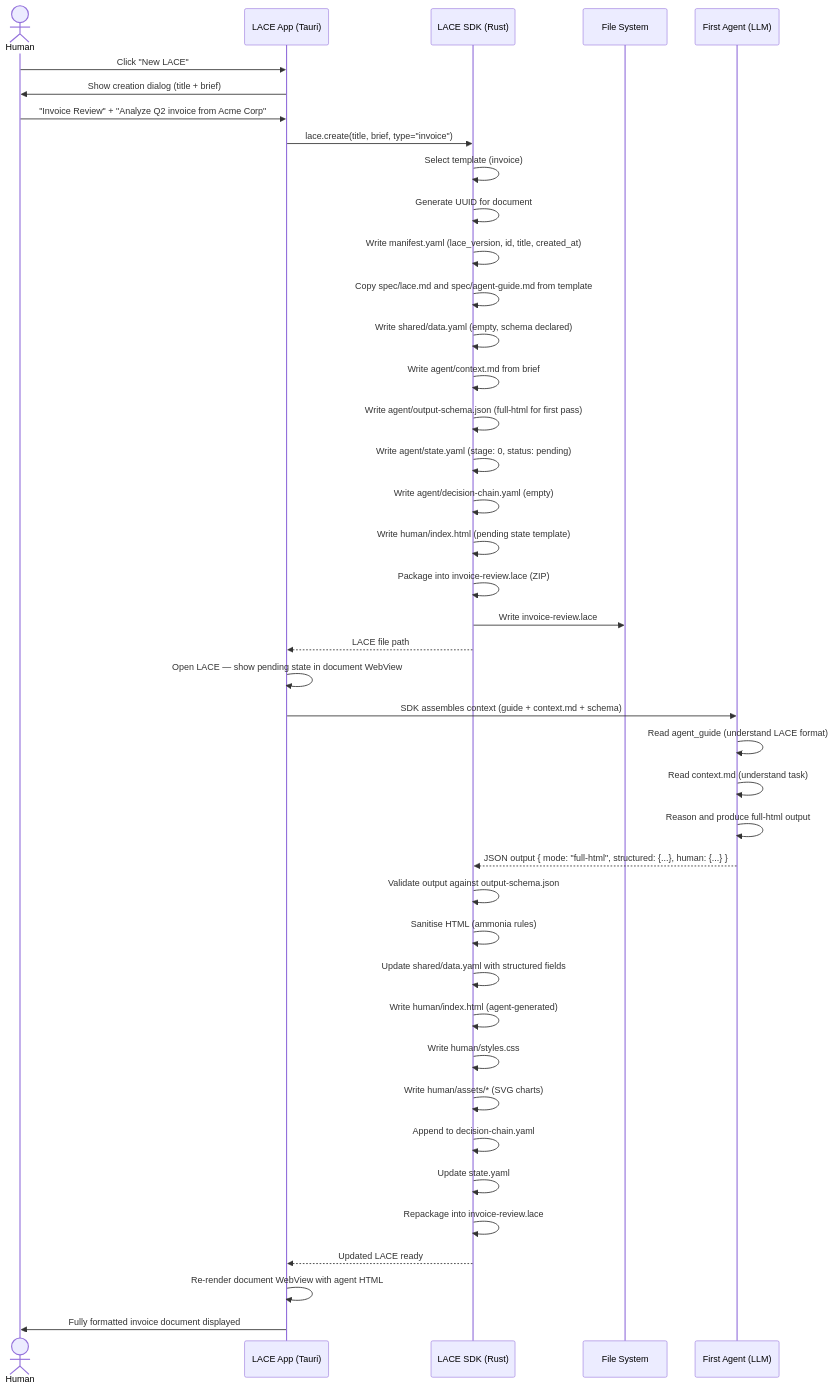
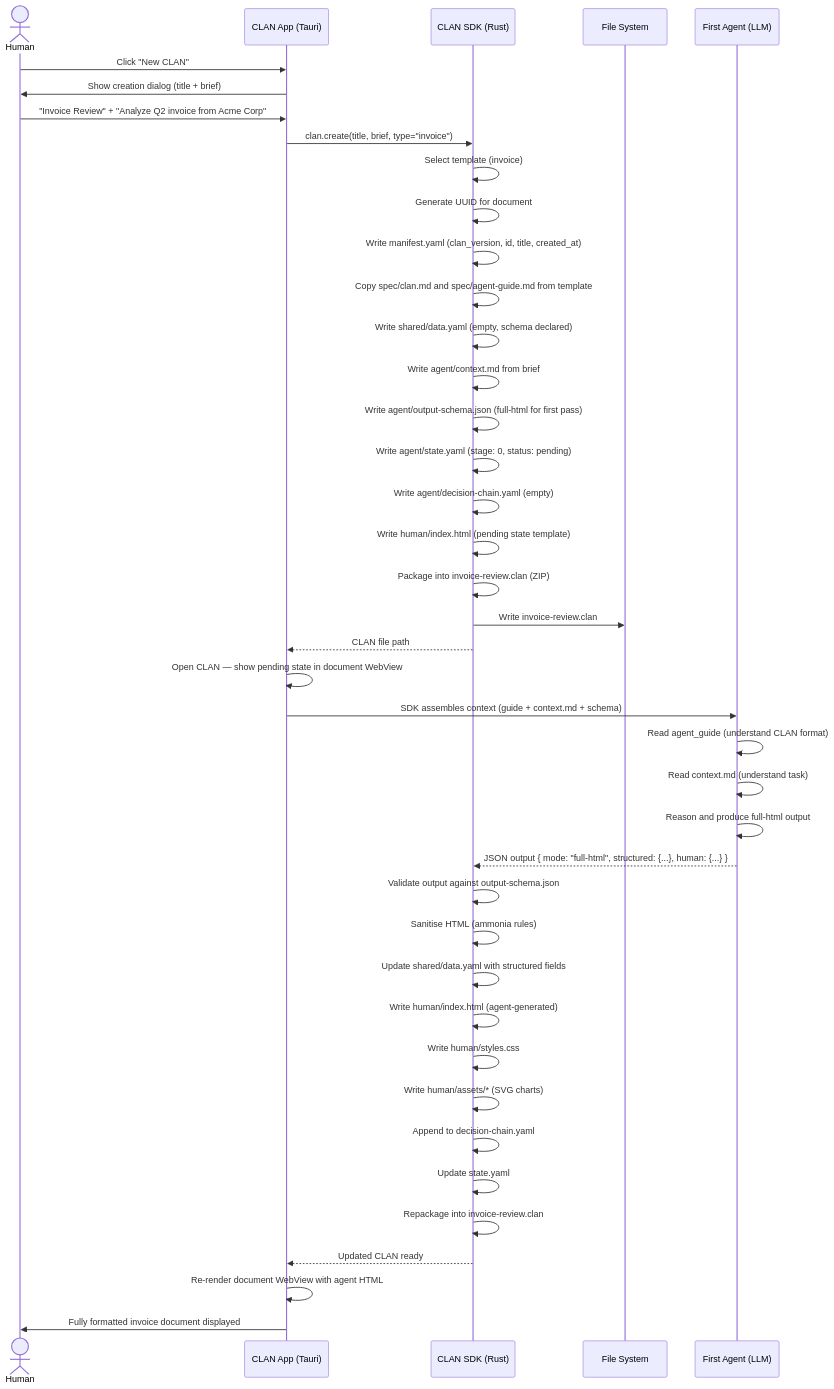
One commit to batunii/napkin-os changed the first of 8 diagrams in SEQUENCE-DIAGRAMS.md. Above: the diagram before and after it, drawn with Mermaid. The commit also changed other lines of this file and 7 other files, not shown here.

First line of the commit message:
Rename LACE → CLAN throughout

````diff
--- a/SEQUENCE-DIAGRAMS.md
+++ b/SEQUENCE-DIAGRAMS.md
@@ -11,52 +11,52 @@
 ```mermaid
 sequenceDiagram
     actor Human
-    participant App as LACE App (Tauri)
-    participant SDK as LACE SDK (Rust)
+    participant App as CLAN App (Tauri)
+    participant SDK as CLAN SDK (Rust)
     participant FS as File System
     participant Agent as First Agent (LLM)
 
-    Human->>App: Click "New LACE"
+    Human->>App: Click "New CLAN"
     App->>Human: Show creation dialog (title + brief)
     Human->>App: "Invoice Review" + "Analyze Q2 invoice from Acme Corp"
 
-    App->>SDK: lace.create(title, brief, type="invoice")
+    App->>SDK: clan.create(title, brief, type="invoice")
 
     SDK->>SDK: Select template (invoice)
     SDK->>SDK: Generate UUID for document
-    SDK->>SDK: Write manifest.yaml (lace_version, id, title, created_at)
-    SDK->>SDK: Copy spec/lace.md and spec/agent-guide.md from template
+    SDK->>SDK: Write manifest.yaml (clan_version, id, title, created_at)
+    SDK->>SDK: Copy spec/clan.md and spec/agent-guide.md from template
     SDK->>SDK: Write shared/data.yaml (empty, schema declared)
     SDK->>SDK: Write agent/context.md from brief
     SDK->>SDK: Write agent/output-schema.json (full-html for first pass)
     SDK->>SDK: Write agent/state.yaml (stage: 0, status: pending)
     SDK->>SDK: Write agent/decision-chain.yaml (empty)
     SDK->>SDK: Write human/index.html (pending state template)
-    SDK->>SDK: Package into invoice-review.lace (ZIP)
+    SDK->>SDK: Package into invoice-review.clan (ZIP)
 
-    SDK->>FS: Write invoice-review.lace
-    SDK-->>App: LACE file path
+    SDK->>FS: Write invoice-review.clan
+    SDK-->>App: CLAN file path
 
-    App->>App: Open LACE — show pending state in document WebView
+    App->>App: Open CLAN — show pending state in document WebView
     App->>Agent: SDK assembles context (guide + context.md + schema)
 
-    Agent->>Agent: Read agent_guide (understand LACE format)
+    Agent->>Agent: Read agent_guide (understand CLAN format)
     Agent->>Agent: Read context.md (understand task)
     Agent->>Agent: Reason and produce full-html output
 
     Agent-->>SDK: JSON output { mode: "full-html", structured: {...}, human: {...} }
 
     SDK->>SDK: Validate output against output-schema.json
     SDK->>SDK: Sanitise HTML (ammonia rules)
     SDK->>SDK: Update shared/data.yaml with structured fields
     SDK->>SDK: Write human/index.html (agent-generated)
     SDK->>SDK: Write human/styles.css
     SDK->>SDK: Write human/assets/* (SVG charts)
     SDK->>SDK: Append to decision-chain.yaml
     SDK->>SDK: Update state.yaml
-    SDK->>SDK: Repackage into invoice-review.lace
+    SDK->>SDK: Repackage into invoice-review.clan
 
-    SDK-->>App: Updated LACE ready
+    SDK-->>App: Updated CLAN ready
     App->>App: Re-render document WebView with agent HTML
     App->>Human: Fully formatted invoice document displayed
 ```
````
